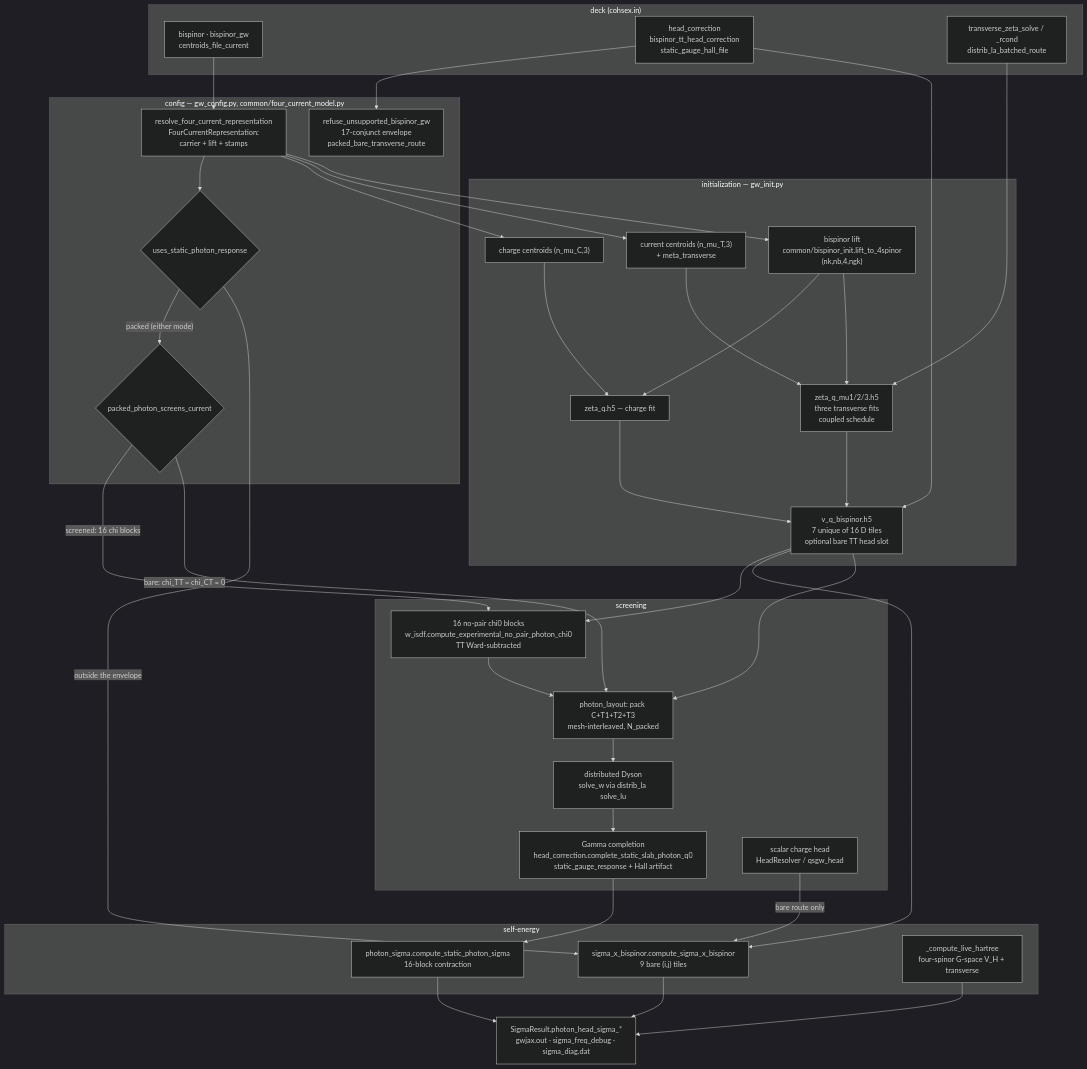
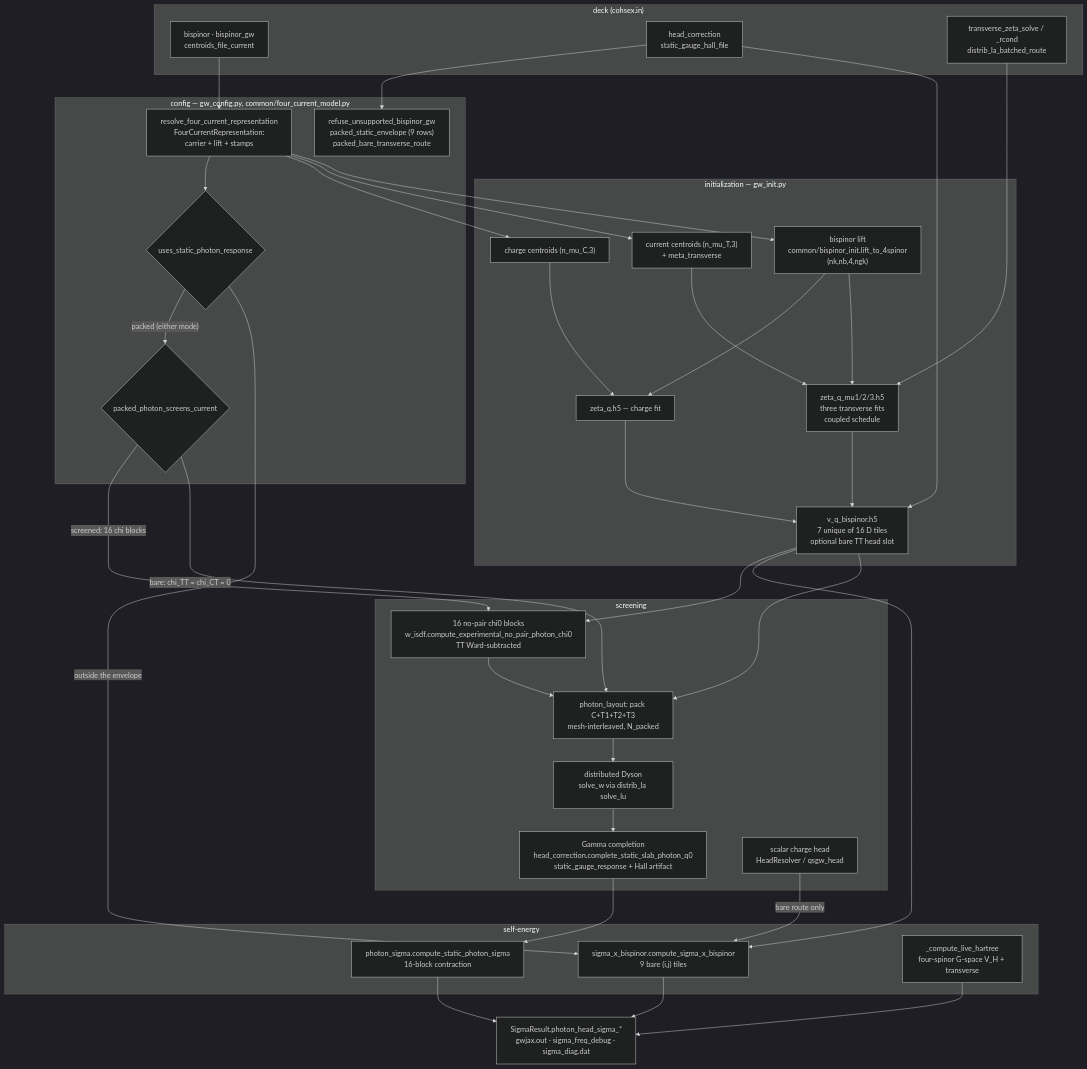
The diagram in docs/architecture/four_current_wiring.md (jackmcarthur/lorrax), drawn with Mermaid (dark theme) before and after one commit. The commit also changed other lines of this file and 1 other file, not shown here.

````diff
--- a/docs/architecture/four_current_wiring.md
+++ b/docs/architecture/four_current_wiring.md
@@ -90,70 +127,70 @@
 ```mermaid
 flowchart TD
   subgraph DECK["deck (cohsex.in)"]
     K1["bispinor · bispinor_gw<br/>centroids_file_current"]
-    K2["head_correction<br/>bispinor_tt_head_correction<br/>static_gauge_hall_file"]
+    K2["head_correction<br/>static_gauge_hall_file"]
     K3["transverse_zeta_solve / _rcond<br/>distrib_la_batched_route"]
   end
 
   subgraph CFG["config — gw_config.py, common/four_current_model.py"]
     R["resolve_four_current_representation<br/>FourCurrentRepresentation:<br/>carrier + lift + stamps"]
     F{"uses_static_photon_response"}
     S{"packed_photon_screens_current"}
-    E["refuse_unsupported_bispinor_gw<br/>17-conjunct envelope<br/>packed_bare_transverse_route"]
+    E["refuse_unsupported_bispinor_gw<br/>packed_static_envelope (9 rows)<br/>packed_bare_transverse_route"]
   end
 
   subgraph INIT["initialization — gw_init.py"]
     C1["charge centroids (n_mu_C,3)"]
     C2["current centroids (n_mu_T,3)<br/>+ meta_transverse"]
     L["bispinor lift<br/>common/bispinor_init.lift_to_4spinor<br/>(nk,nb,4,ngk)"]
     Z0["zeta_q.h5 — charge fit"]
     ZT["zeta_q_mu1/2/3.h5<br/>three transverse fits<br/>coupled schedule"]
     VQ["v_q_bispinor.h5<br/>7 unique of 16 D tiles<br/>optional bare TT head slot"]
   end
 
   subgraph SCR["screening"]
     CHI["16 no-pair chi0 blocks<br/>w_isdf.compute_experimental_no_pair_photon_chi0<br/>TT Ward-subtracted"]
     PK["photon_layout: pack C+T1+T2+T3<br/>mesh-interleaved, N_packed"]
     DY["distributed Dyson<br/>solve_w via distrib_la solve_lu"]
     HD["Gamma completion<br/>head_correction.complete_static_slab_photon_q0<br/>static_gauge_response + Hall artifact"]
     SW["scalar charge head<br/>HeadResolver / qsgw_head"]
   end
 
   subgraph SIG["self-energy"]
     PS["photon_sigma.compute_static_photon_sigma<br/>16-block contraction"]
     SB["sigma_x_bispinor.compute_sigma_x_bispinor<br/>9 bare (i,j) tiles"]
     HT["_compute_live_hartree<br/>four-spinor G-space V_H + transverse"]
   end
 
   OUT["SigmaResult.photon_head_sigma_*<br/>gwjax.out · sigma_freq_debug · sigma_diag.dat"]
 
   K1 --> R
   R --> F
   K2 --> E
   K3 --> ZT
   F -->|"packed (either mode)"| S
   F -->|"outside the envelope"| SB
   S -->|"screened: 16 chi blocks"| CHI
   S -->|"bare: chi_TT = chi_CT = 0"| PK
   R --> C1
   R --> C2
   R --> L
   C1 --> Z0
   C2 --> ZT
   L --> Z0
   L --> ZT
   Z0 --> VQ
   ZT --> VQ
   K2 --> VQ
   VQ --> CHI
   VQ --> SB
   VQ --> PK
   CHI --> PK
   PK --> DY
   DY --> HD
   HD --> PS
   SW -->|bare route only| SB
   PS --> OUT
   SB --> OUT
   HT --> OUT
 ```
````
